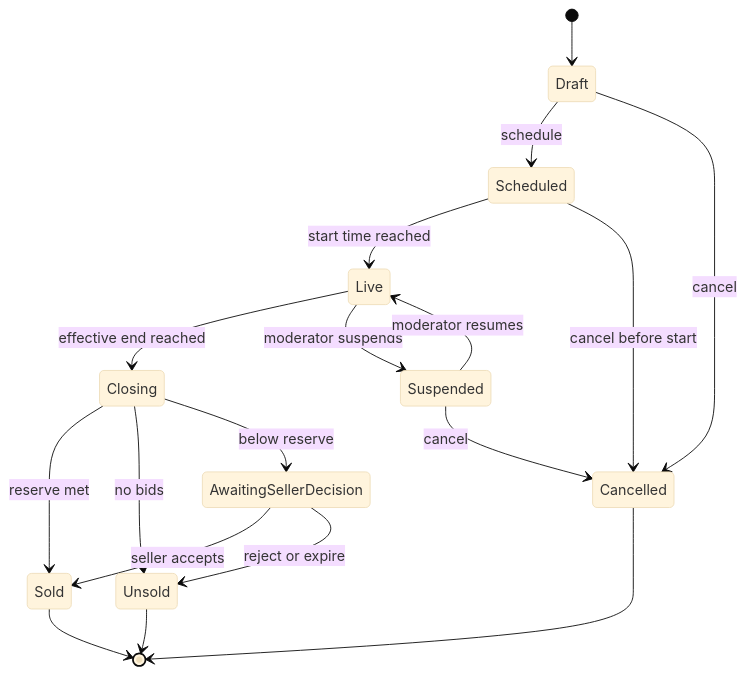
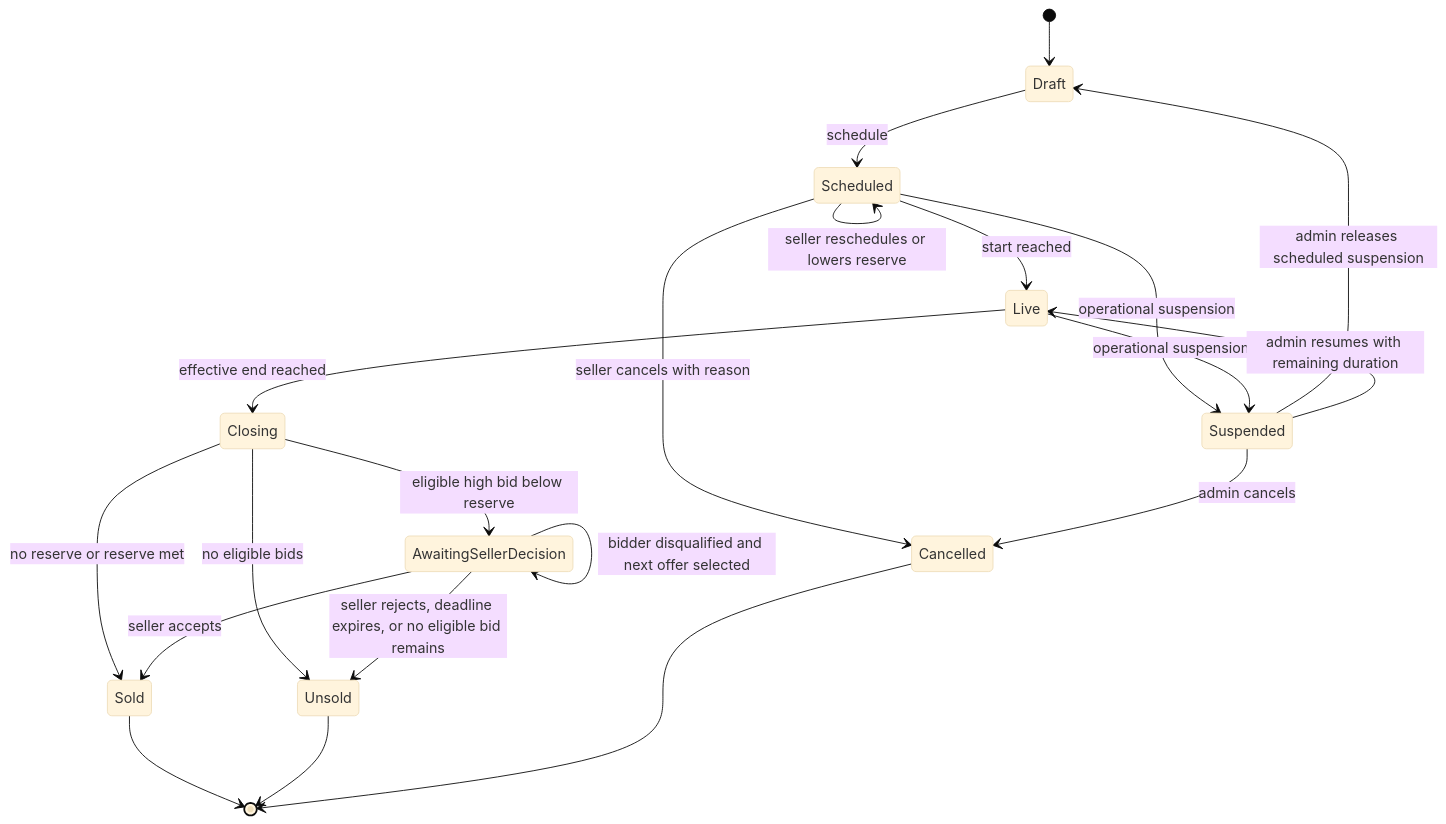
Before and after one commit to klisman99/collectors-auction-platform: the fourth of 6 diagrams in docs/domain/state-machines.md, drawn with Mermaid (base theme). The commit also changed other lines of this file and 17 other files, not shown here.

```diff
--- a/docs/domain/state-machines.md
+++ b/docs/domain/state-machines.md
@@ -22,20 +47,23 @@
 ~~~mermaid
 stateDiagram-v2
     [*] --> Draft
     Draft --> Scheduled: schedule
-    Scheduled --> Live: start time reached
-    Draft --> Cancelled: cancel
-    Scheduled --> Cancelled: cancel before start
+    Scheduled --> Live: start reached
+    Scheduled --> Scheduled: seller reschedules or lowers reserve
+    Scheduled --> Cancelled: seller cancels with reason
+    Scheduled --> Suspended: operational suspension
+    Live --> Suspended: operational suspension
+    Suspended --> Draft: admin releases scheduled suspension
+    Suspended --> Live: admin resumes with remaining duration
+    Suspended --> Cancelled: admin cancels
     Live --> Closing: effective end reached
-    Live --> Suspended: moderator suspends
-    Suspended --> Live: moderator resumes
-    Suspended --> Cancelled: cancel
-    Closing --> Sold: reserve met
-    Closing --> Unsold: no bids
-    Closing --> AwaitingSellerDecision: below reserve
+    Closing --> Sold: no reserve or reserve met
+    Closing --> Unsold: no eligible bids
+    Closing --> AwaitingSellerDecision: eligible high bid below reserve
+    AwaitingSellerDecision --> AwaitingSellerDecision: bidder disqualified and next offer selected
     AwaitingSellerDecision --> Sold: seller accepts
-    AwaitingSellerDecision --> Unsold: reject or expire
+    AwaitingSellerDecision --> Unsold: seller rejects, deadline expires, or no eligible bid remains
     Sold --> [*]
     Unsold --> [*]
     Cancelled --> [*]
 ~~~
```
